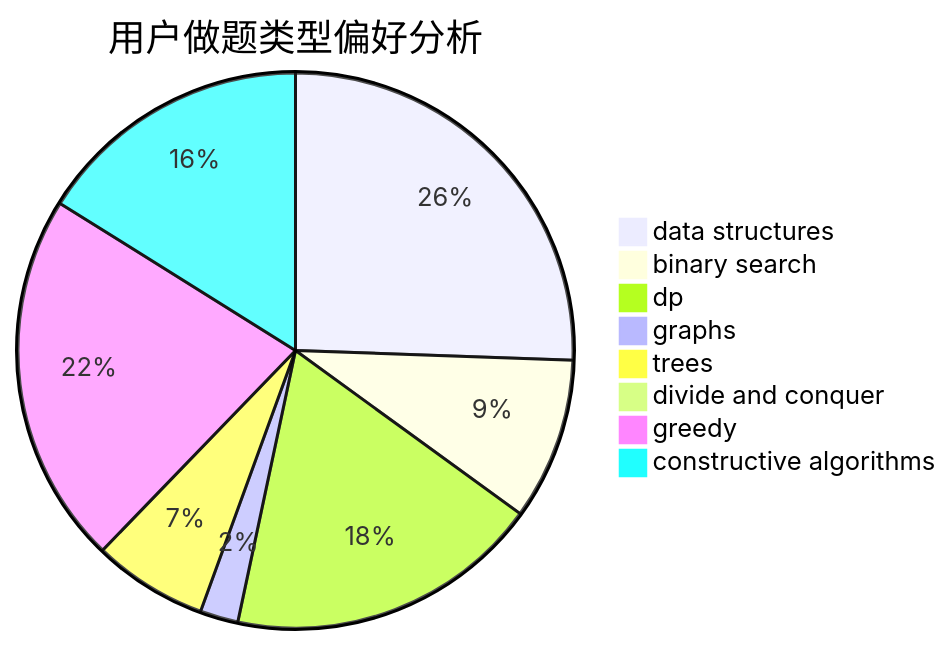
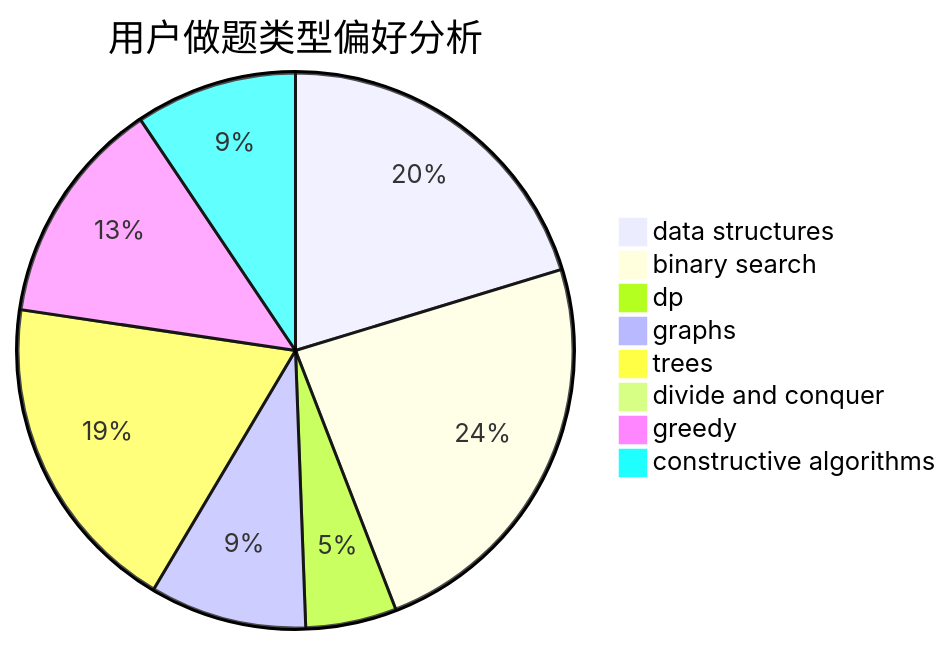
The second of 3 diagrams in docs/user/u1491.md (sherpahu/cfrs.github.io), drawn with Mermaid before and after one commit. The commit also changed other lines of this file and 2770 other files, not shown here.

````diff
--- a/docs/user/u1491.md
+++ b/docs/user/u1491.md
@@ -23,11 +23,11 @@
 ```mermaid
 pie title 用户做题类型偏好分析
-    "data structures" :  46
-    "binary search" :  17
-    "dp" :  33
-    "graphs" :  4
-    "trees" :  12
-    "divide and conquer" :  0
-    "greedy" :  39
-    "constructive algorithms" :  29
+    "data structures" :  69
+    "binary search" :  81
+    "dp" :  18
+    "graphs" :  31
+    "trees" :  64
+    "divide and conquer" :  1
+    "greedy" :  45
+    "constructive algorithms" :  32
 ```
````
